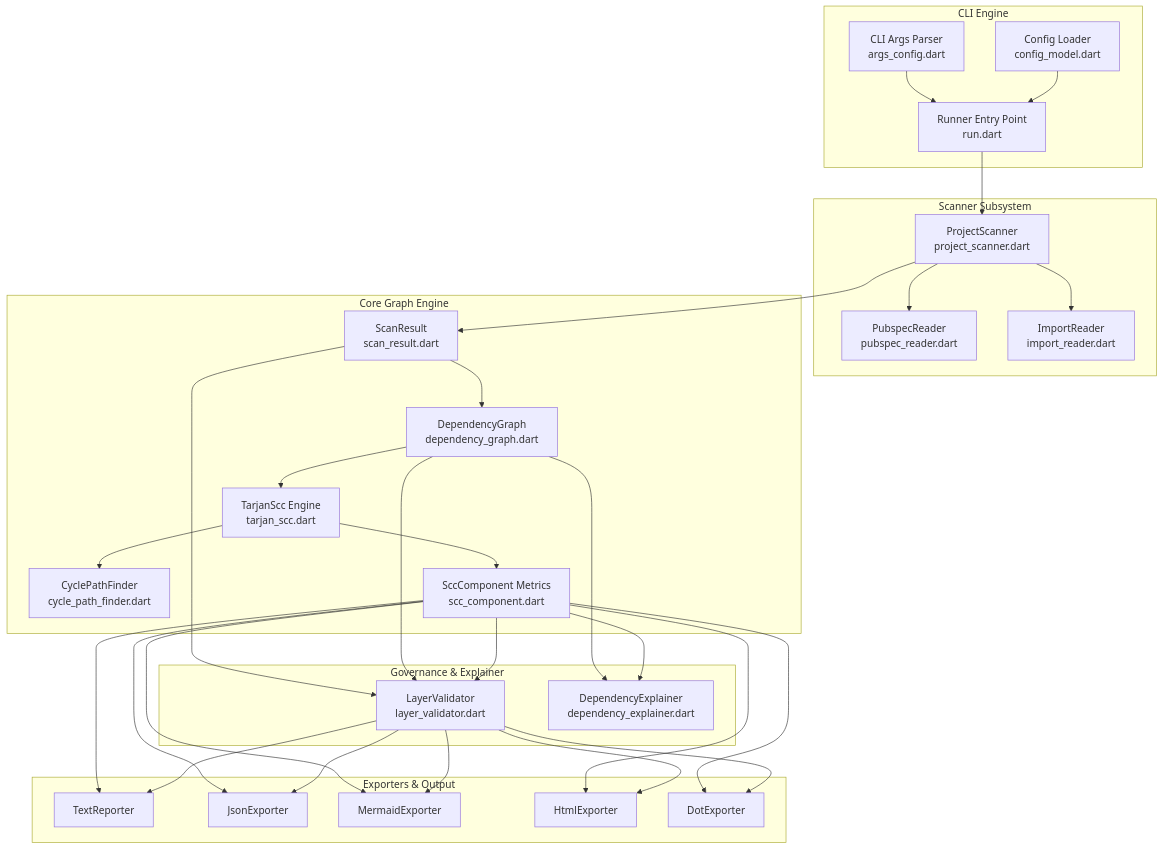
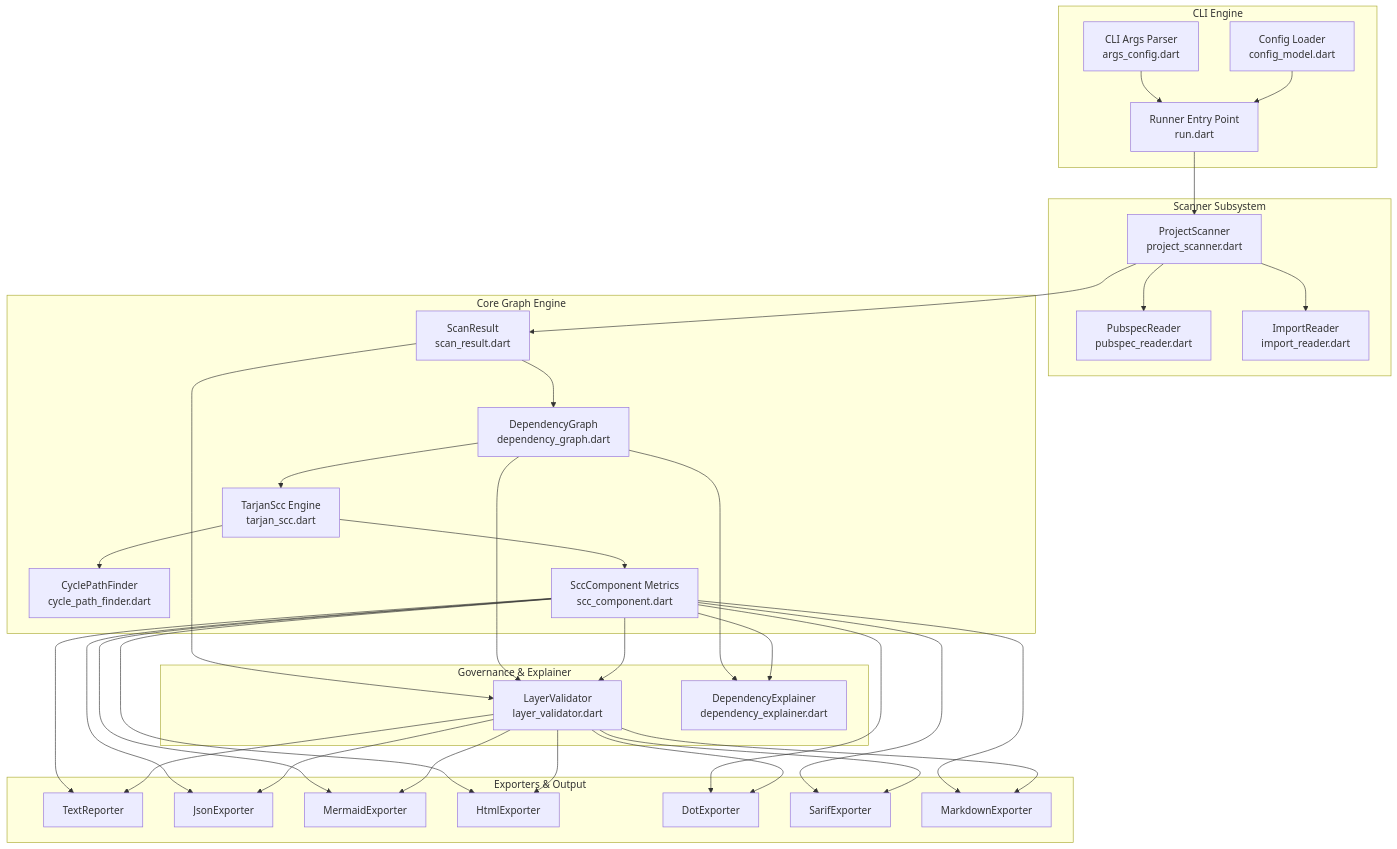
One commit to creatorpiyush/arch_guard changed the first of 2 diagrams in ARCHITECTURE.md. Above: the diagram before and after it, drawn with Mermaid. The commit also changed other lines of this file and 22 other files, not shown here.

First line of the commit message:
feat: baselines, SARIF and Markdown reports, GitHub Action and pre-commit hook (v1.3.0) (#7)

````diff
--- a/ARCHITECTURE.md
+++ b/ARCHITECTURE.md
@@ -23,34 +23,36 @@
 ```mermaid
 flowchart TD
     subgraph CLI Engine
         A[CLI Args Parser\nargs_config.dart] --> B[Runner Entry Point\nrun.dart]
         C[Config Loader\nconfig_model.dart] --> B
     end
 
     subgraph Scanner Subsystem
         B --> D[ProjectScanner\nproject_scanner.dart]
         D --> E[PubspecReader\npubspec_reader.dart]
         D --> F[ImportReader\nimport_reader.dart]
     end
 
     subgraph Core Graph Engine
         D --> G[ScanResult\nscan_result.dart]
         G --> H[DependencyGraph\ndependency_graph.dart]
         H --> I[TarjanScc Engine\ntarjan_scc.dart]
         I --> J[CyclePathFinder\ncycle_path_finder.dart]
         I --> K[SccComponent Metrics\nscc_component.dart]
     end
 
     subgraph Governance & Explainer
         G & H & K --> L[LayerValidator\nlayer_validator.dart]
         H & K --> M[DependencyExplainer\ndependency_explainer.dart]
     end
 
     subgraph Exporters & Output
         K & L --> N[TextReporter]
         K & L --> O[JsonExporter]
         K & L --> P[MermaidExporter]
         K & L --> Q[HtmlExporter]
         K & L --> R[DotExporter]
+        K & L --> S[SarifExporter]
+        K & L --> T[MarkdownExporter]
     end
 ```
````
